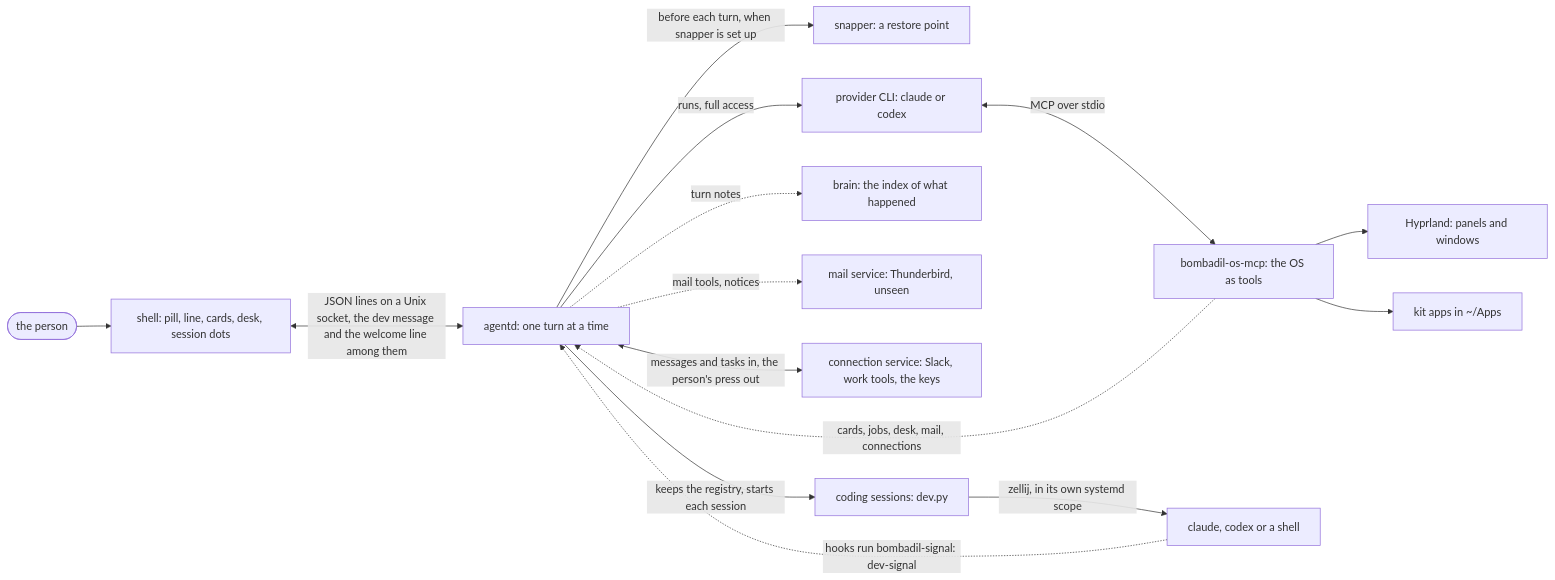
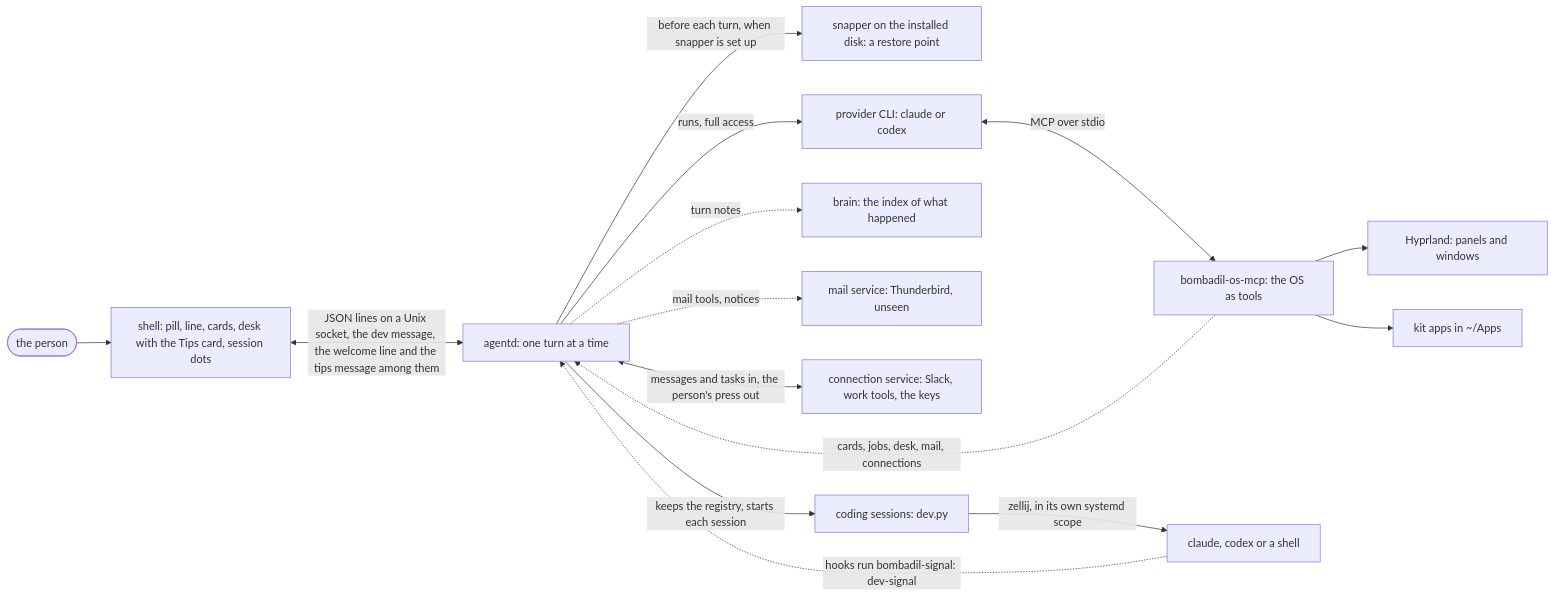
The first of 2 diagrams in docs/ARCHITECTURE.md (thedefaultman/Bombadil), drawn with Mermaid before and after one commit. The commit also changed other lines of this file and 31 other files, not shown here.

First line of the commit message:
docs: indexes, roadmap, reference, security model, forking guide, known issues and the decision log updated for the new merges

````diff
--- a/docs/ARCHITECTURE.md
+++ b/docs/ARCHITECTURE.md
@@ -12,17 +12,17 @@
 ```mermaid
 flowchart LR
-    person(["the person"]) --> shell["shell: pill, line, cards, desk, session dots"]
-    shell <-->|"JSON lines on a Unix socket, the dev message and the welcome line among them"| agentd["agentd: one turn at a time"]
-    agentd -->|"before each turn, when snapper is set up"| snap["snapper: a restore point"]
+    person(["the person"]) --> shell["shell: pill, line, cards, desk with the Tips card, session dots"]
+    shell <-->|"JSON lines on a Unix socket, the dev message, the welcome line and the tips message among them"| agentd["agentd: one turn at a time"]
+    agentd -->|"before each turn, when snapper is set up"| snap["snapper on the installed disk: a restore point"]
     agentd -->|"runs, full access"| cli["provider CLI: claude or codex"]
     cli <-->|"MCP over stdio"| mcp["bombadil-os-mcp: the OS as tools"]
     mcp --> hypr["Hyprland: panels and windows"]
     mcp --> apps["kit apps in ~/Apps"]
     mcp -.->|"cards, jobs, desk, mail, connections"| agentd
     agentd -.->|"turn notes"| brain["brain: the index of what happened"]
     agentd -.->|"mail tools, notices"| mail["mail service: Thunderbird, unseen"]
     agentd <-->|"messages and tasks in, the person's press out"| connect["connection service: Slack, work tools, the keys"]
     agentd -->|"keeps the registry, starts each session"| dev["coding sessions: dev.py"]
     dev -->|"zellij, in its own systemd scope"| tools["claude, codex or a shell"]
     tools -.->|"hooks run bombadil-signal: dev-signal"| agentd
 ```
````
